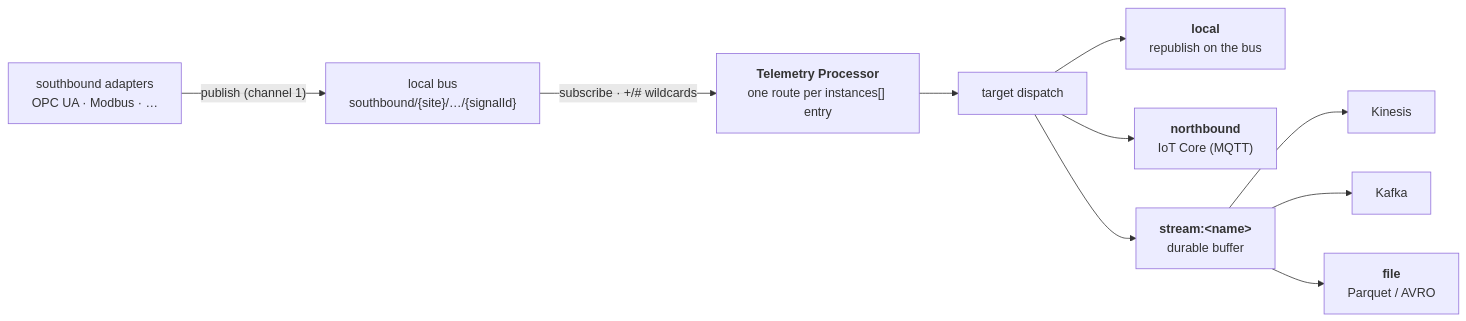
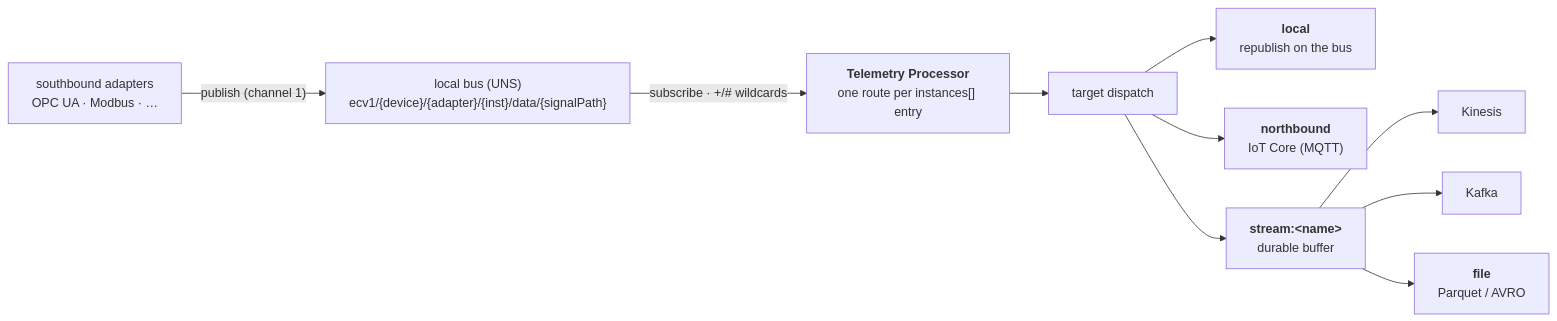
The first of 2 diagrams in docs/explanation.md (edgecommons/telemetry-processor), drawn with Mermaid before and after one commit. The commit also changed other lines of this file and 28 other files, not shown here.

````diff
--- a/docs/explanation.md
+++ b/docs/explanation.md
@@ -112,22 +120,22 @@
 ```mermaid
 flowchart LR
     ADP["southbound adapters<br/>OPC UA · Modbus · …"]
-    BUS["local bus<br/>southbound/{site}/…/{signalId}"]
+    BUS["local bus (UNS)<br/>ecv1/{device}/{adapter}/{inst}/data/{signalPath}"]
     PROC["<b>Telemetry Processor</b><br/>one route per instances[] entry"]
     DISP["target dispatch"]
     LOC["<b>local</b><br/>republish on the bus"]
     NB["<b>northbound</b><br/>IoT Core (MQTT)"]
     STR["<b>stream:&lt;name&gt;</b><br/>durable buffer"]
     KIN["Kinesis"]
     KAF["Kafka"]
     FILE["<b>file</b><br/>Parquet / AVRO"]
     ADP -->|"publish (channel 1)"| BUS
     BUS -->|"subscribe · +/# wildcards"| PROC
     PROC --> DISP
     DISP --> LOC
     DISP --> NB
     DISP --> STR
     STR --> KIN
     STR --> KAF
     STR --> FILE
 ```
````
